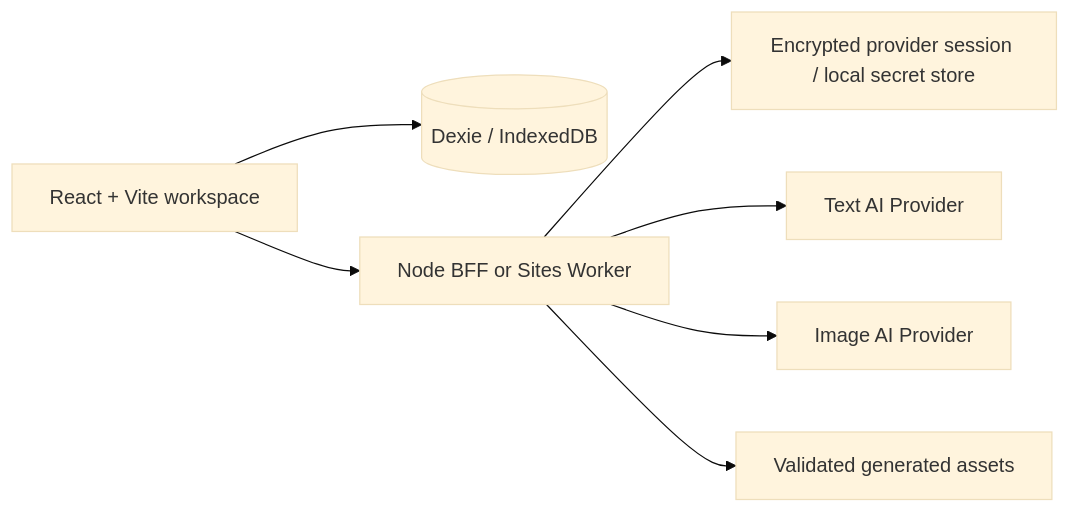
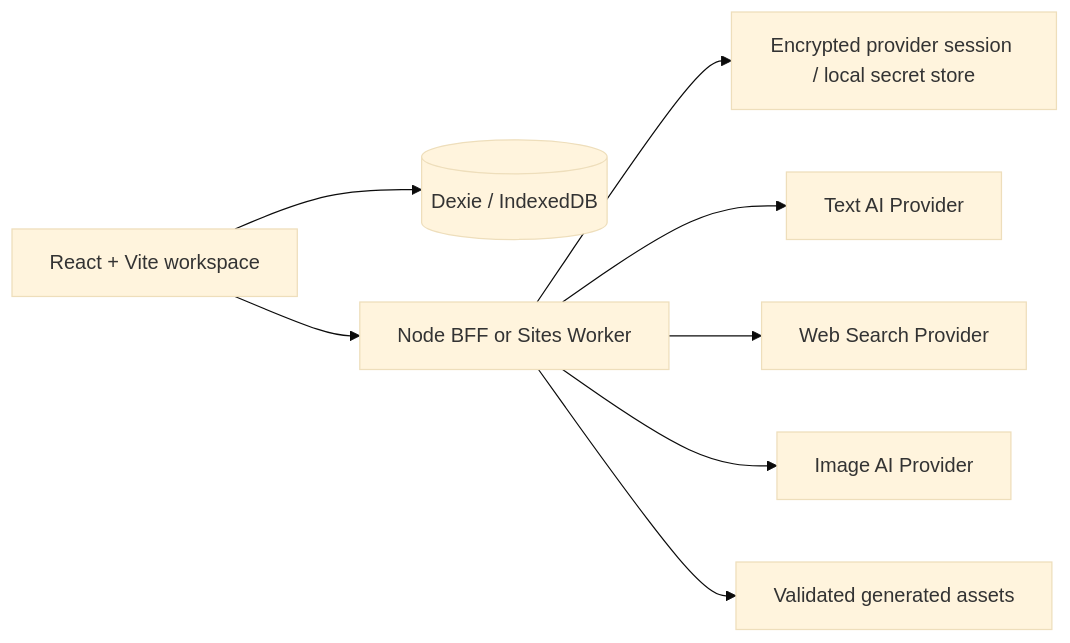
One commit to 3555489035ppx-wq/muse-ai-workspace changed the diagram in docs/architecture.md. Above: the diagram before and after it, drawn with Mermaid (base theme). The commit also changed other lines of this file and 22 other files, not shown here.

First line of the commit message:
feat: add real research web search and source import

````diff
--- a/docs/architecture.md
+++ b/docs/architecture.md
@@ -7,9 +7,10 @@
 ```mermaid
 flowchart LR
   Browser[React + Vite workspace] --> LocalDB[(Dexie / IndexedDB)]
   Browser --> BFF[Node BFF or Sites Worker]
   BFF --> Secret[Encrypted provider session / local secret store]
   BFF --> Text[Text AI Provider]
+  BFF --> Search[Web Search Provider]
   BFF --> Image[Image AI Provider]
   BFF --> Assets[Validated generated assets]
 ```
````
